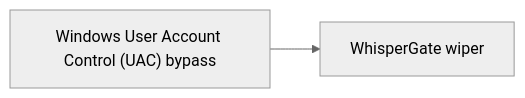
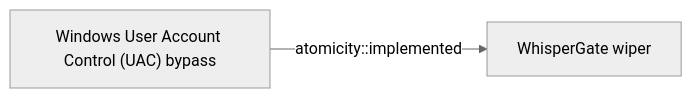
One commit to opentidehq/library changed the diagram in docs/threats/windows-user-account-control-uac-bypass.md. Above: the diagram before and after it, drawn with Mermaid (neutral theme). The commit also changed other lines of this file and 277 other files, not shown here.

````diff
--- a/docs/threats/windows-user-account-control-uac-bypass.md
+++ b/docs/threats/windows-user-account-control-uac-bypass.md
@@ -77,6 +121,6 @@
 ```mermaid
 flowchart LR
 d5add960_1b86_41d4_869a_1defd392c8f9["Windows User Account Control (UAC) bypass"]
 68ab86f6_378d_4371_ad01_6209fb95d57d["WhisperGate wiper"]
-d5add960_1b86_41d4_869a_1defd392c8f9 --> 68ab86f6_378d_4371_ad01_6209fb95d57d
+d5add960_1b86_41d4_869a_1defd392c8f9 -->|atomicity::implemented| 68ab86f6_378d_4371_ad01_6209fb95d57d
 ```
````
